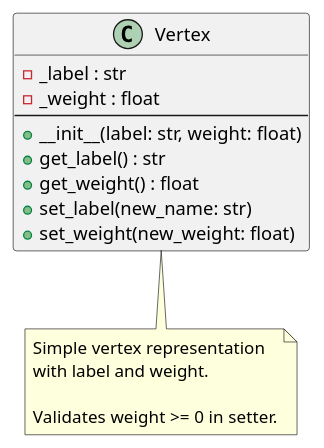
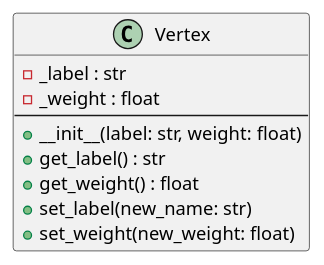
One commit to BGLuis/Trabalho-pratico-grafos changed the diagram in docs/class/vertex.puml. Above: the diagram before and after it, drawn with PlantUML. The commit also changed 13 other files, not shown here.

Commit message:
docs: updated class diagram

```diff
--- a/docs/class/vertex.puml
+++ b/docs/class/vertex.puml
@@ -1,21 +1,14 @@
 @startuml vertex-class-diagram
 
 class Vertex {
     - _label : str
     - _weight : float
     --
     + __init__(label: str, weight: float)
     + get_label() : str
     + get_weight() : float
     + set_label(new_name: str)
     + set_weight(new_weight: float)
 }
 
-note bottom of Vertex
-  Simple vertex representation
-  with label and weight.
-  
-  Validates weight >= 0 in setter.
-end note
-
 @enduml
```
